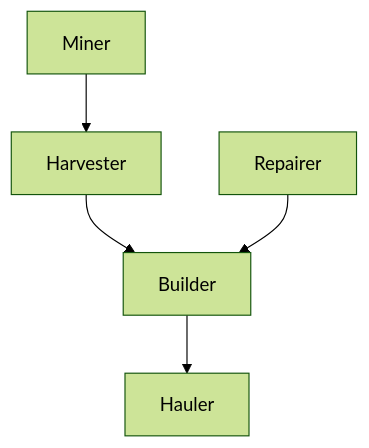
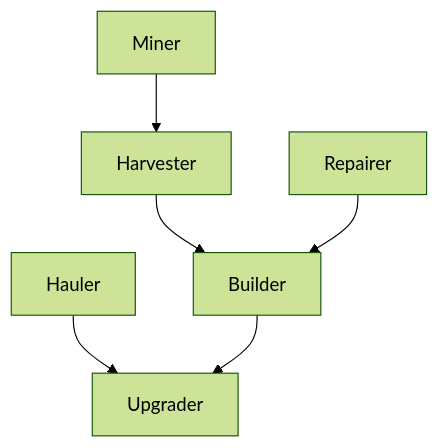
Before and after one commit to Notgnoshi/screeps: the diagram in README.md, drawn with Mermaid (forest theme). The commit also changed other lines of this file and 4 other files, not shown here.

First line of the commit message:
Split HaulerRole into Hauler and Upgrader

````diff
--- a/README.md
+++ b/README.md
@@ -9,5 +9,6 @@
 ```mermaid
 flowchart TD
-    Miner --> Harvester --> Builder --> Hauler
+    Hauler --> Upgrader
+    Miner --> Harvester --> Builder --> Upgrader
     Repairer --> Builder
 ```
````
